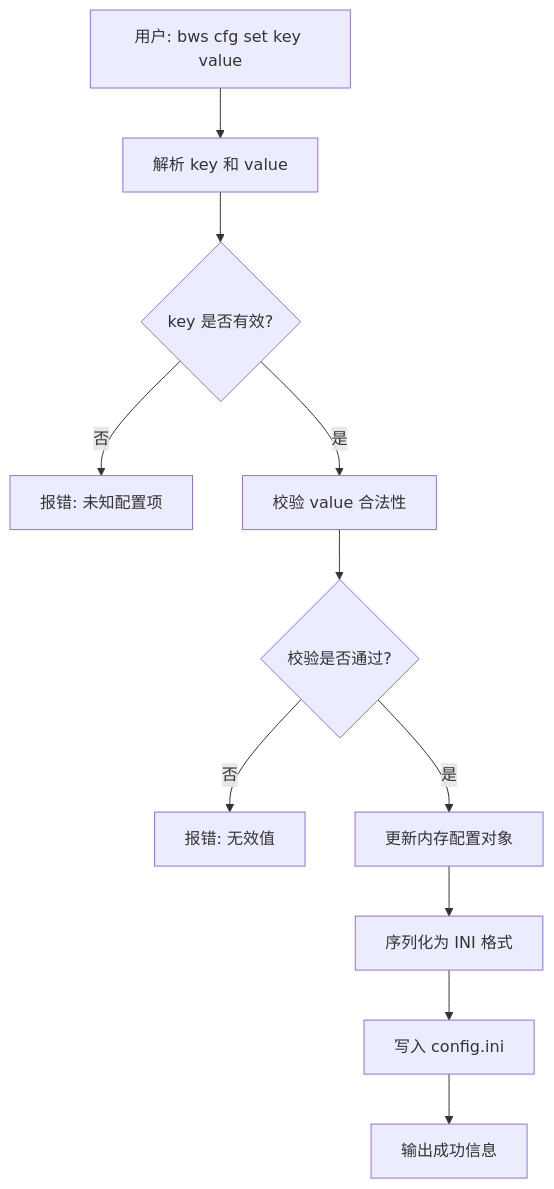
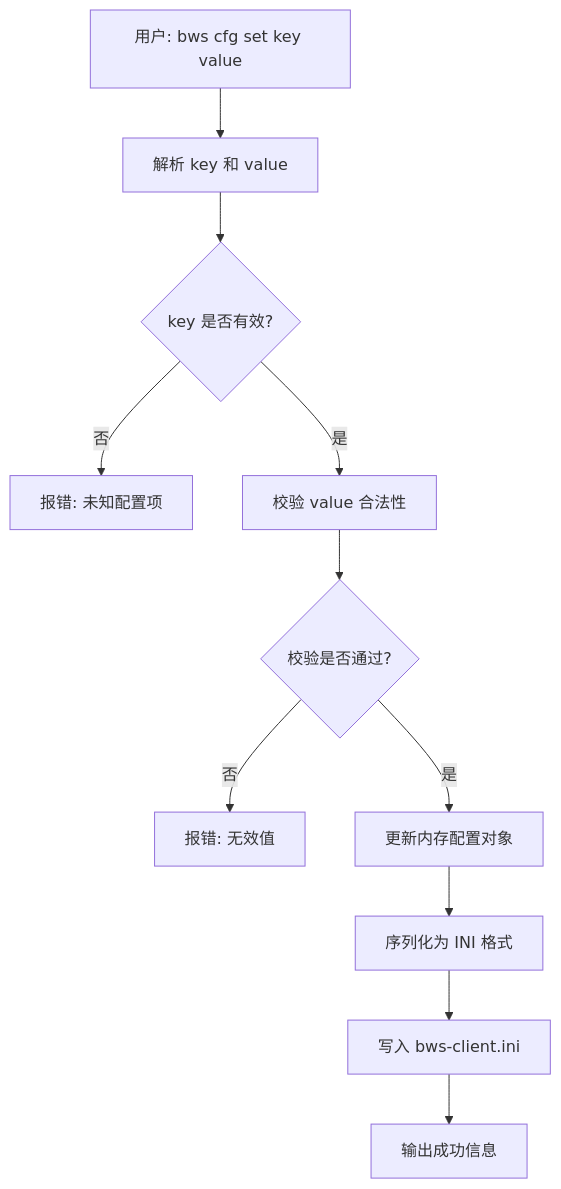
The eighth of 11 diagrams in docs/guide/design.md (hyjiacan/browser-workshop), drawn with Mermaid before and after one commit. The commit also changed other lines of this file and 30 other files, not shown here.

````diff
--- a/docs/guide/design.md
+++ b/docs/guide/design.md
@@ -276,13 +276,13 @@
 ```mermaid
 flowchart TD
     A["用户: bws cfg set key value"] --> B["解析 key 和 value"]
     B --> C{"key 是否有效?"}
     C -->|否| D["报错: 未知配置项"]
     C -->|是| E["校验 value 合法性"]
     E --> F{"校验是否通过?"}
     F -->|否| G["报错: 无效值"]
     F -->|是| H["更新内存配置对象"]
     H --> I["序列化为 INI 格式"]
-    I --> J["写入 config.ini"]
+    I --> J["写入 bws-client.ini"]
     J --> K["输出成功信息"]
 ```
````
